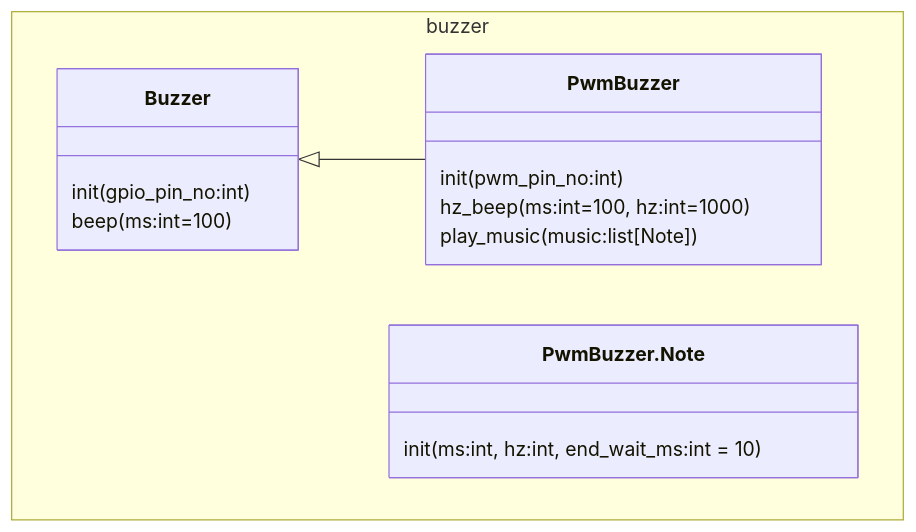
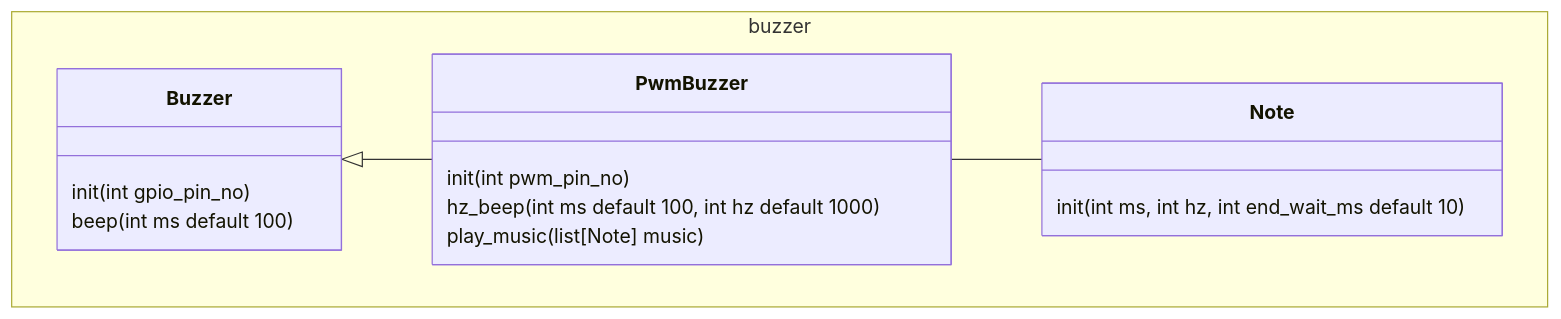
Before and after one commit to ModokiSealsky/ElectronicWork: the second of 5 diagrams in Library/picolib/README.md, drawn with Mermaid. The commit also changed other lines of this file, not shown here.

Commit message:
クラス図の引数型の書式を修正

````diff
--- a/Library/picolib/README.md
+++ b/Library/picolib/README.md
@@ -63,20 +63,21 @@
 ```mermaid
 classDiagram
 namespace buzzer {
     class Buzzer{
-        init(gpio_pin_no:int)
-        beep(ms:int=100)
+        init(int gpio_pin_no)
+        beep(int ms default 100)
     }
 
     class PwmBuzzer{
-        init(pwm_pin_no:int)
-        hz_beep(ms:int=100, hz:int=1000)
-        play_music(music:list[Note])
+        init(int pwm_pin_no)
+        hz_beep(int ms default 100, int hz default 1000)
+        play_music(list[Note] music)
     }
 
-    class PwmBuzzer.Note {
-        init(ms:int, hz:int, end_wait_ms:int = 10)
+    class Note {
+        init(int ms, int hz, int end_wait_ms default 10)
     }
 }
 Buzzer <|-- PwmBuzzer
+PwmBuzzer -- Note
 ```
````
